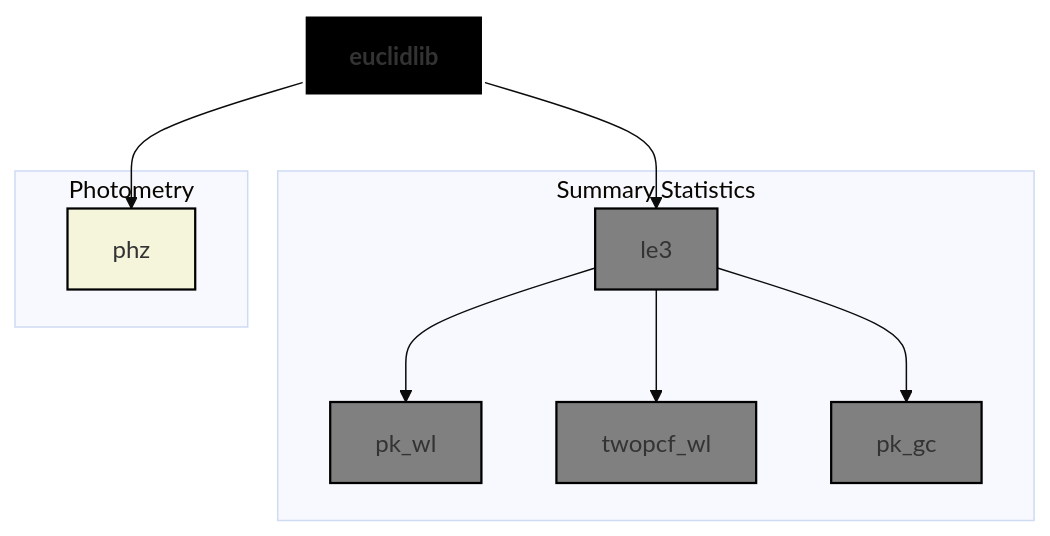
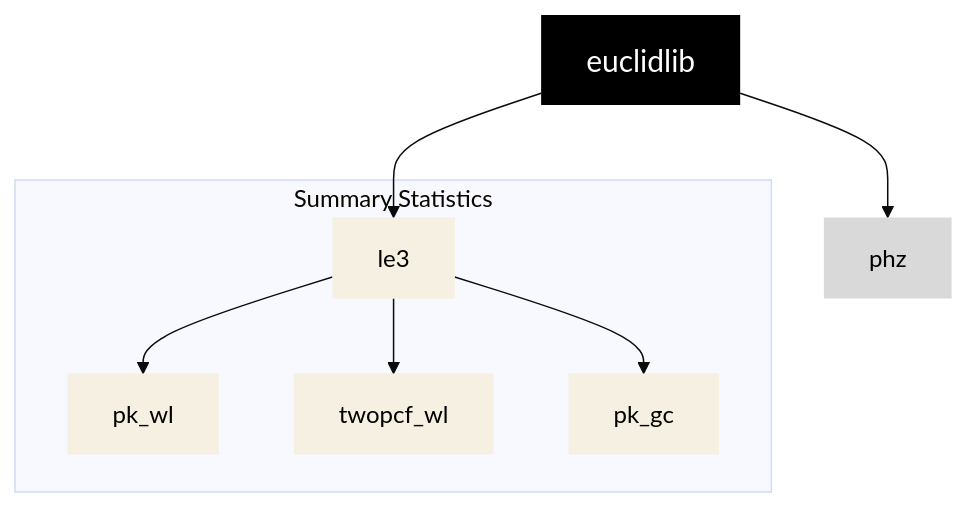
The diagram in README.md (euclidlib/euclidlib), drawn with Mermaid (base theme) before and after one commit.

Commit message:
change graph colour palette

````diff
--- a/README.md
+++ b/README.md
@@ -44,31 +44,29 @@
 ```mermaid
 graph TD
-    %% Colors inspired by Euclid logo
-    classDef core fill:#000000,stroke:#ffffff,stroke-width:2px,color:#f5f5dc;  %% black with beige text
-    classDef module fill:#808080,stroke:#000000,stroke-width:1.5px,color:#ffffff;  %% grey with white text
-    classDef data fill:#f5f5dc,stroke:#000000,stroke-width:1.5px,color:#000000;  %% beige with black text
+    %% Node styles
+    classDef core fill:#000000,stroke:none,color:#ffffff,font-size:20px,rounded-corners:10px;
+    classDef module fill:#f5f0e1,stroke:none,color:#000000,font-size:16px,rounded-corners:10px; %% pastel beige
+    classDef data fill:#d9d9d9,stroke:none,color:#000000,font-size:16px,rounded-corners:10px; %% grey
 
-    %% Core library
-    EUCLIDLIB[<b>euclidlib</b>]:::core
+    %% Core
+    EUCLIDLIB[euclidlib]:::core
 
-    %% Summary statistics modules
+    %% Summary Statistics
     subgraph "Summary Statistics"
         LE3[le3]:::module
         PKWL[pk_wl]:::module
         TWOPCF[twopcf_wl]:::module
         PKGC[pk_gc]:::module
     end
 
     %% Photometry
-    subgraph Photometry
-        PHZ[phz]:::data
-    end
+    PHZ[phz]:::data
 
     %% Connections
     EUCLIDLIB --> LE3
     EUCLIDLIB --> PHZ
 
     LE3 --> PKWL
     LE3 --> TWOPCF
     LE3 --> PKGC
 ```
````
